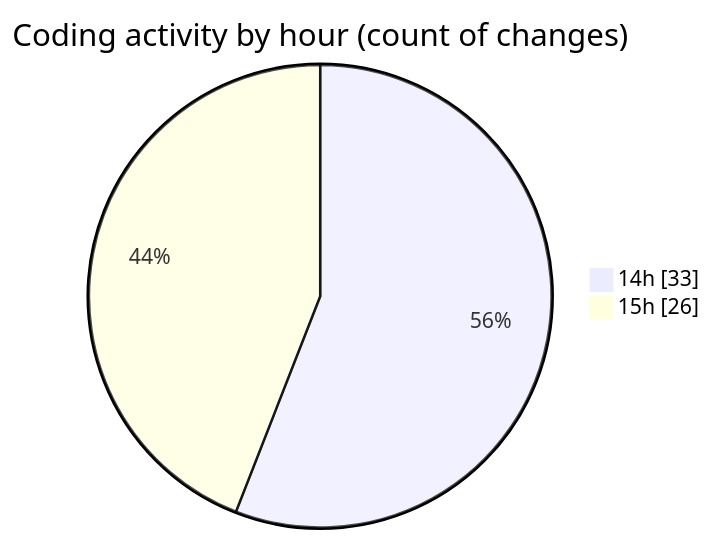
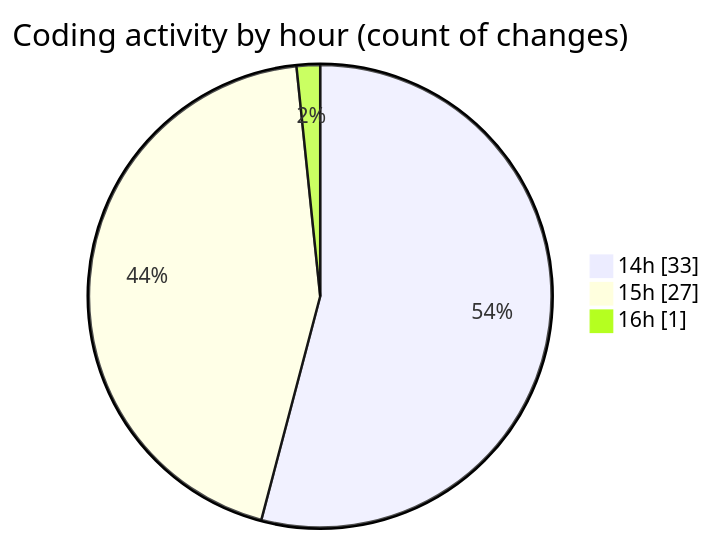
One commit to jadenblack/code-tracking changed the second of 2 diagrams in 2026-03-04/shadcn-admin-kit-main__workspace_/README.md. Above: the diagram before and after it, drawn with Mermaid. The commit also changed other lines of this file and 1 other file, not shown here.

````diff
--- a/2026-03-04/shadcn-admin-kit-main__workspace_/README.md
+++ b/2026-03-04/shadcn-admin-kit-main__workspace_/README.md
@@ -62,6 +62,7 @@
 ```mermaid
 pie showData
 title Coding activity by hour (count of changes)
 "14h" : 33
-"15h" : 26
+"15h" : 27
+"16h" : 1
 ```
````
